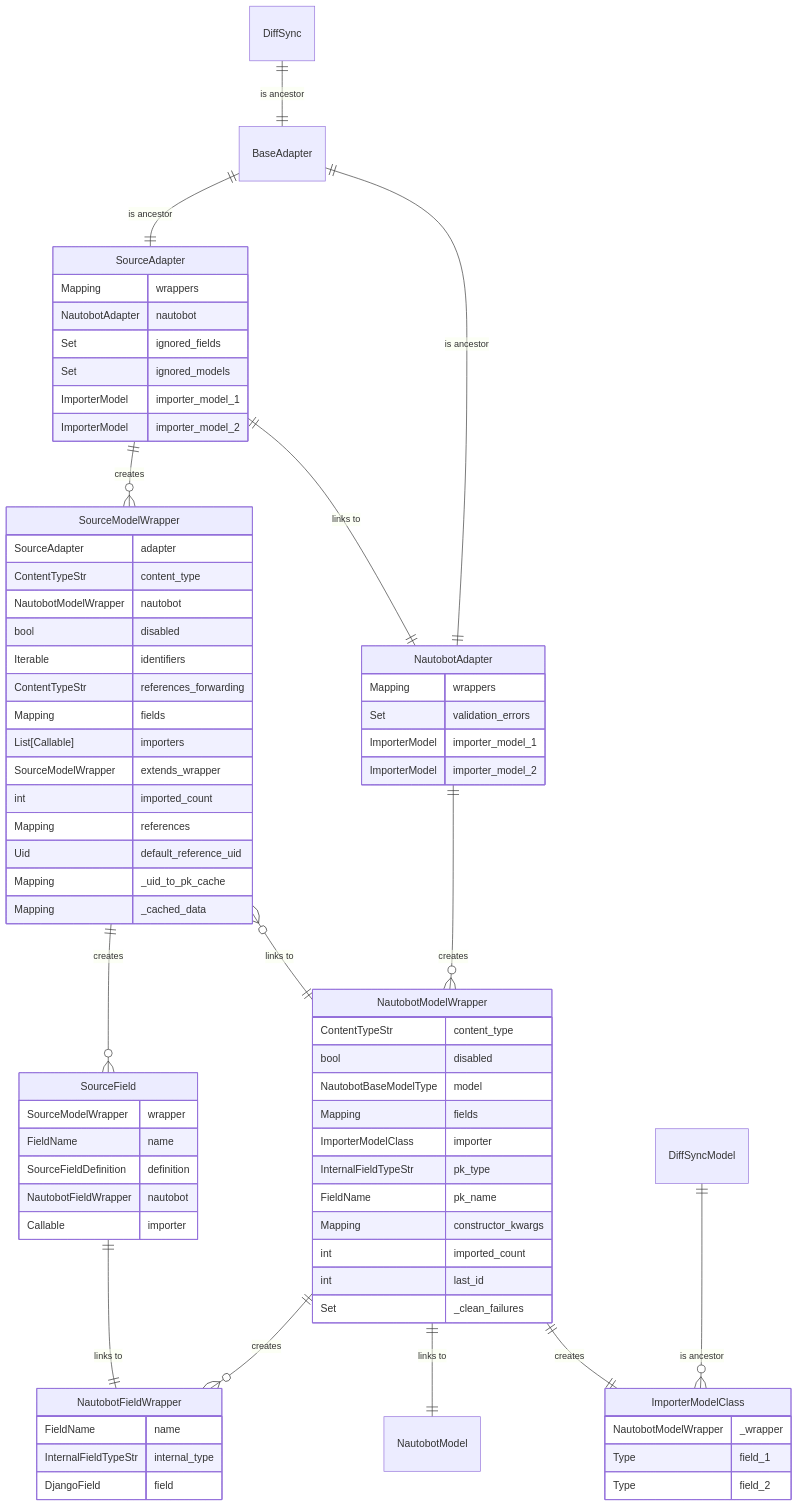
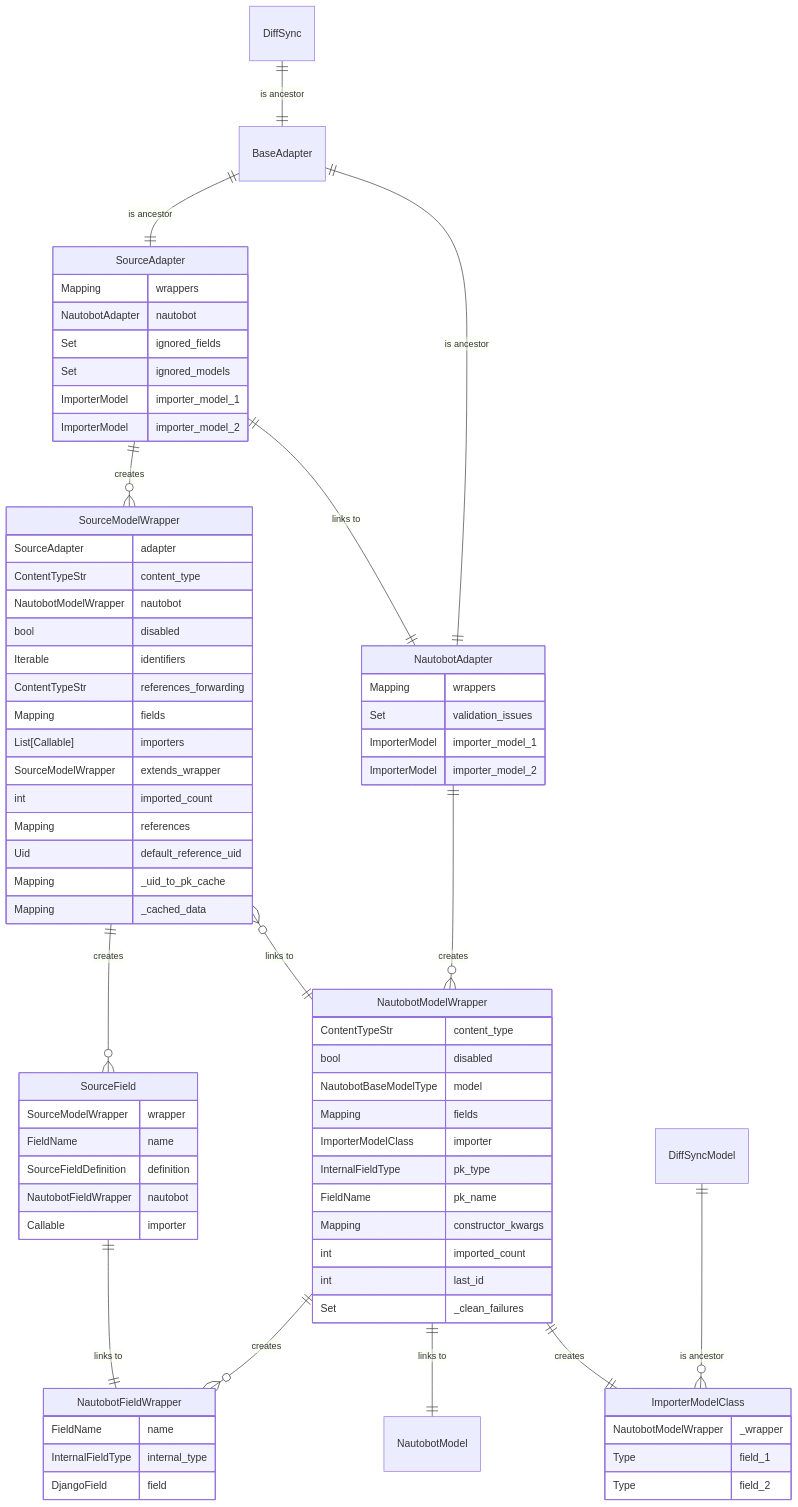
One commit to nautobot/nautobot-app-netbox-importer changed the diagram in docs/dev/importer.md. Above: the diagram before and after it, drawn with Mermaid. The commit also changed other lines of this file and 9 other files, not shown here.

````diff
--- a/docs/dev/importer.md
+++ b/docs/dev/importer.md
@@ -110,76 +118,76 @@
 ```mermaid
 erDiagram
     DiffSync ||--|| BaseAdapter : "is ancestor"
     BaseAdapter ||--|| SourceAdapter : "is ancestor"
     BaseAdapter ||--|| NautobotAdapter : "is ancestor"
     SourceAdapter ||--o{ SourceModelWrapper : "creates"
     SourceModelWrapper ||--o{ SourceField : "creates"
     SourceAdapter ||--|| NautobotAdapter : "links to"
     NautobotAdapter ||--o{ NautobotModelWrapper : "creates"
     SourceModelWrapper }o--|| NautobotModelWrapper : "links to"
     NautobotModelWrapper ||--o{ NautobotFieldWrapper : "creates"
     NautobotModelWrapper ||--|| NautobotModel : "links to"
     SourceField ||--|| NautobotFieldWrapper : "links to"
     NautobotModelWrapper ||--|| ImporterModelClass : "creates"
     DiffSyncModel ||--o{ ImporterModelClass : "is ancestor"
     SourceAdapter {
         Mapping wrappers
         NautobotAdapter nautobot
         Set ignored_fields
         Set ignored_models
         ImporterModel importer_model_1
         ImporterModel importer_model_2
     }
     SourceModelWrapper {
         SourceAdapter adapter
         ContentTypeStr content_type
         NautobotModelWrapper nautobot
         bool disabled
         Iterable identifiers
         ContentTypeStr references_forwarding
         Mapping fields
         List[Callable] importers
         SourceModelWrapper extends_wrapper
         int imported_count
         Mapping references
         Uid default_reference_uid
         Mapping _uid_to_pk_cache
         Mapping _cached_data
     }
     SourceField {
         SourceModelWrapper wrapper
         FieldName name
         SourceFieldDefinition definition
         NautobotFieldWrapper nautobot
         Callable importer
     }
     NautobotAdapter {
         Mapping wrappers
-        Set validation_errors
+        Set validation_issues
         ImporterModel importer_model_1
         ImporterModel importer_model_2
     }
     NautobotModelWrapper {
         ContentTypeStr content_type
         bool disabled
         NautobotBaseModelType model
         Mapping fields
         ImporterModelClass importer
-        InternalFieldTypeStr pk_type
+        InternalFieldType pk_type
         FieldName pk_name
         Mapping constructor_kwargs
         int imported_count
         int last_id
         Set _clean_failures
     }
     NautobotFieldWrapper {
         FieldName name
-        InternalFieldTypeStr internal_type
+        InternalFieldType internal_type
         DjangoField field
     }
     ImporterModelClass {
         NautobotModelWrapper _wrapper
         Type field_1
         Type field_2
     }
 ```
````
